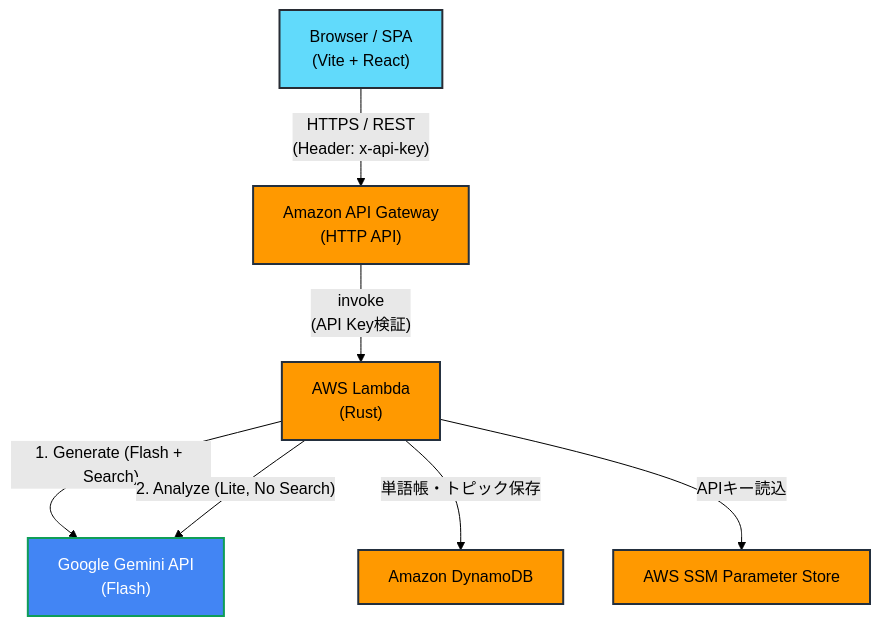
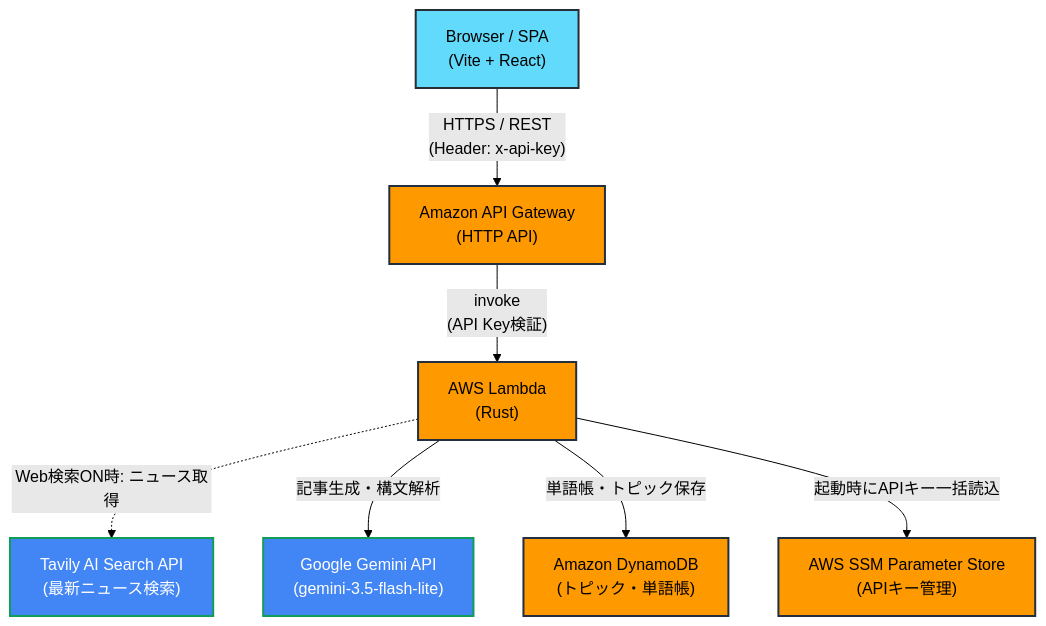
One commit to moden3/ai-english-learner changed the diagram in docs/architecture.md. Above: the diagram before and after it, drawn with Mermaid (forest theme). The commit also changed other lines of this file and 16 other files, not shown here.

Commit message:
feat: integrate Tavily web search for latest news-based text generation

````diff
--- a/docs/architecture.md
+++ b/docs/architecture.md
@@ -4,24 +4,25 @@
 ```mermaid
 graph TD
     Client["Browser / SPA<br/>(Vite + React)"]
     API_Gateway["Amazon API Gateway<br/>(HTTP API)"]
     Lambda["AWS Lambda<br/>(Rust)"]
-    Gemini["Google Gemini API<br/>(Flash)"]
-    DynamoDB["Amazon DynamoDB"]
-    SSM["AWS SSM Parameter Store"]
+    Tavily["Tavily AI Search API<br/>(最新ニュース検索)"]
+    Gemini["Google Gemini API<br/>(gemini-3.5-flash-lite)"]
+    DynamoDB["Amazon DynamoDB<br/>(トピック・単語帳)"]
+    SSM["AWS SSM Parameter Store<br/>(APIキー管理)"]
 
     Client -- "HTTPS / REST<br/>(Header: x-api-key)" --> API_Gateway
     API_Gateway -- "invoke<br/>(API Key検証)" --> Lambda
-    Lambda -- "1. Generate (Flash + Search)" --> Gemini
-    Lambda -- "2. Analyze (Lite, No Search)" --> Gemini
+    Lambda -. "Web検索ON時: ニュース取得" .-> Tavily
+    Lambda -- "記事生成・構文解析" --> Gemini
     Lambda -- "単語帳・トピック保存" --> DynamoDB
-    Lambda -- "APIキー読込" --> SSM
+    Lambda -- "起動時にAPIキー一括読込" --> SSM
 
     classDef aws fill:#FF9900,stroke:#232F3E,stroke-width:2px,color:black;
     classDef external fill:#4285F4,stroke:#0F9D58,stroke-width:2px,color:white;
     classDef client fill:#61DAFB,stroke:#282C34,stroke-width:2px,color:black;
 
     class API_Gateway,Lambda,DynamoDB,SSM aws;
-    class Gemini external;
+    class Gemini,Tavily external;
     class Client client;
 ```
````
